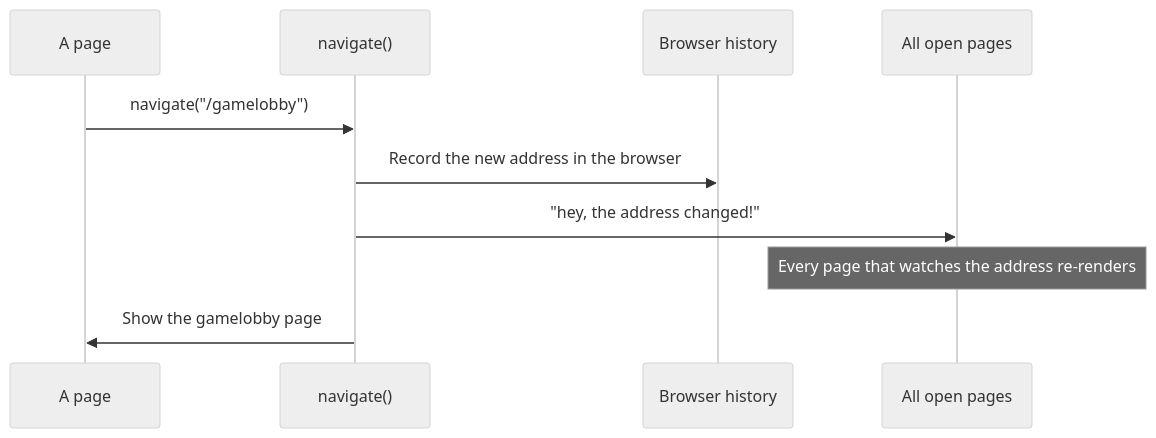
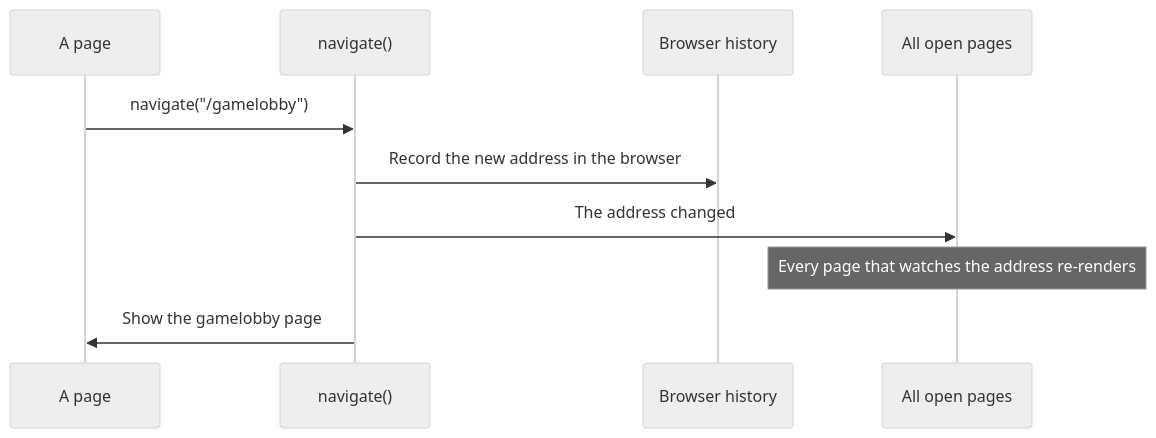
One commit to JaxzTan/ft_transcendence changed the first of 2 diagrams in docs/frontend/frontend-router-system.md. Above: the diagram before and after it, drawn with Mermaid (neutral theme). The commit also changed other lines of this file and 39 other files, not shown here.

````diff
--- a/docs/frontend/frontend-router-system.md
+++ b/docs/frontend/frontend-router-system.md
@@ -61,13 +61,13 @@
 ```mermaid
 sequenceDiagram
     participant Page as A page
     participant Nav as navigate()
     participant History as Browser history
     participant Pages as All open pages
 
     Page->>Nav: navigate("/gamelobby")
     Nav->>History: Record the new address in the browser
-    Nav->>Pages: "hey, the address changed!"
+    Nav->>Pages: The address changed
     Note over Pages: Every page that watches the address re-renders
     Nav->>Page: Show the gamelobby page
 ```
````
